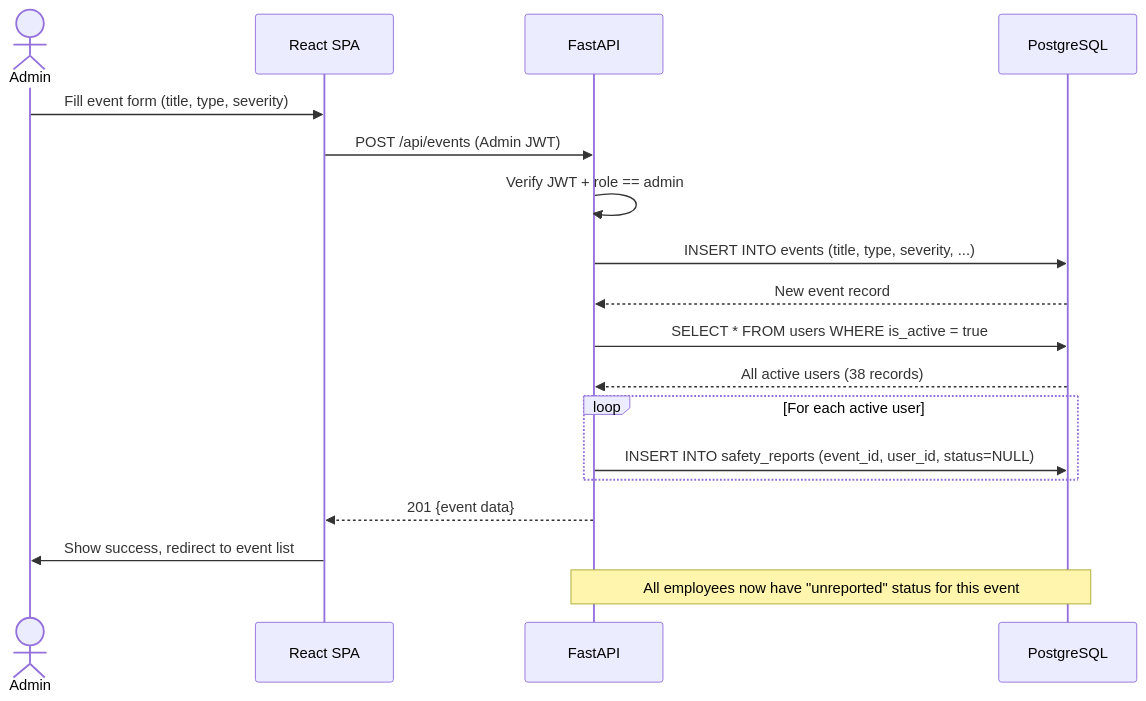
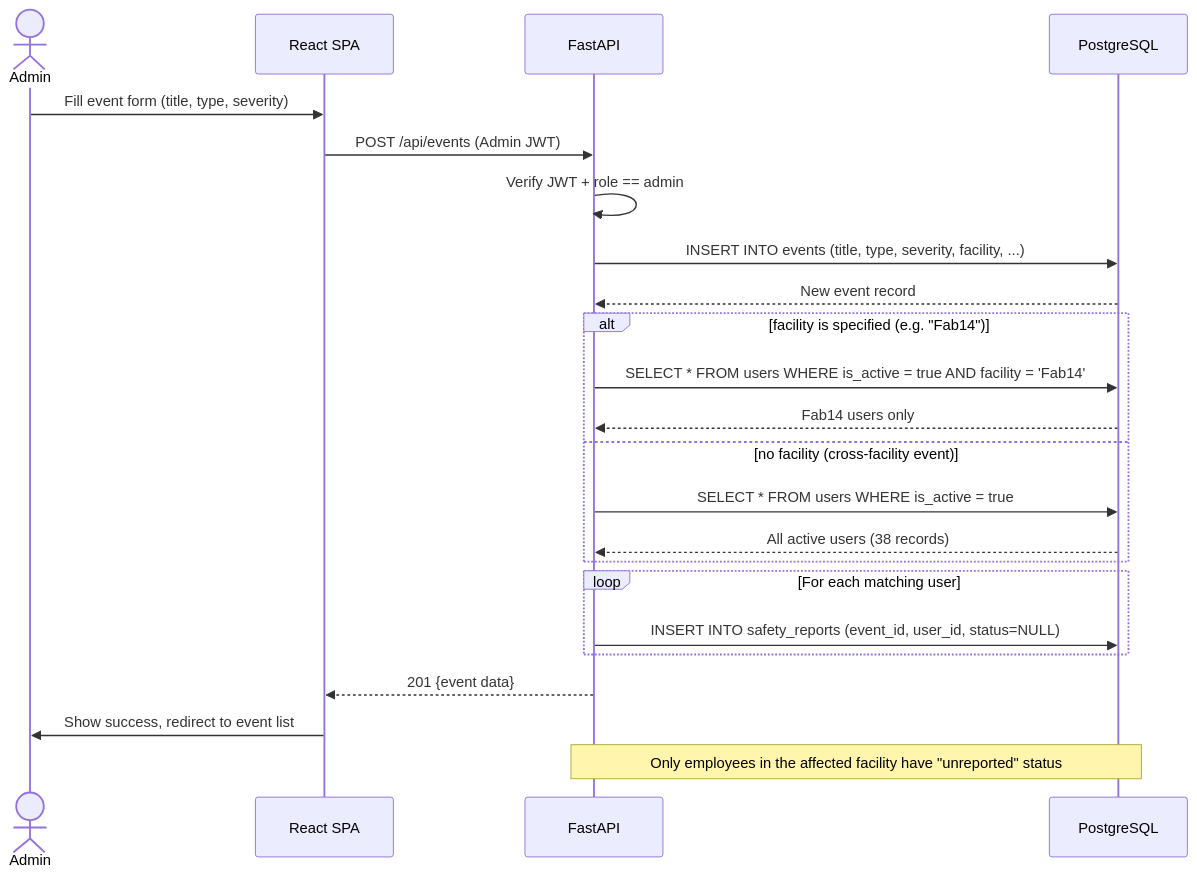
The second of 6 diagrams in docs/sequence-diagrams.md (davidkong3804/Employee_Safety_Response_System), drawn with Mermaid before and after one commit. The commit also changed 15 other files, not shown here.

First line of the commit message:
feat: add event facility scoping with doc alignment

````diff
--- a/docs/sequence-diagrams.md
+++ b/docs/sequence-diagrams.md
@@ -35,25 +35,30 @@
 ```mermaid
 sequenceDiagram
     actor Admin
     participant Frontend as React SPA
     participant Backend as FastAPI
     participant DB as PostgreSQL
 
     Admin->>Frontend: Fill event form (title, type, severity)
     Frontend->>Backend: POST /api/events (Admin JWT)
     Backend->>Backend: Verify JWT + role == admin
-    Backend->>DB: INSERT INTO events (title, type, severity, ...)
+    Backend->>DB: INSERT INTO events (title, type, severity, facility, ...)
     DB-->>Backend: New event record
 
-    Backend->>DB: SELECT * FROM users WHERE is_active = true
-    DB-->>Backend: All active users (38 records)
+    alt facility is specified (e.g. "Fab14")
+        Backend->>DB: SELECT * FROM users WHERE is_active = true AND facility = 'Fab14'
+        DB-->>Backend: Fab14 users only
+    else no facility (cross-facility event)
+        Backend->>DB: SELECT * FROM users WHERE is_active = true
+        DB-->>Backend: All active users (38 records)
+    end
 
-    loop For each active user
+    loop For each matching user
         Backend->>DB: INSERT INTO safety_reports (event_id, user_id, status=NULL)
     end
 
     Backend-->>Frontend: 201 {event data}
     Frontend->>Admin: Show success, redirect to event list
 
-    Note over Backend,DB: All employees now have "unreported" status for this event
+    Note over Backend,DB: Only employees in the affected facility have "unreported" status
 ```
````
